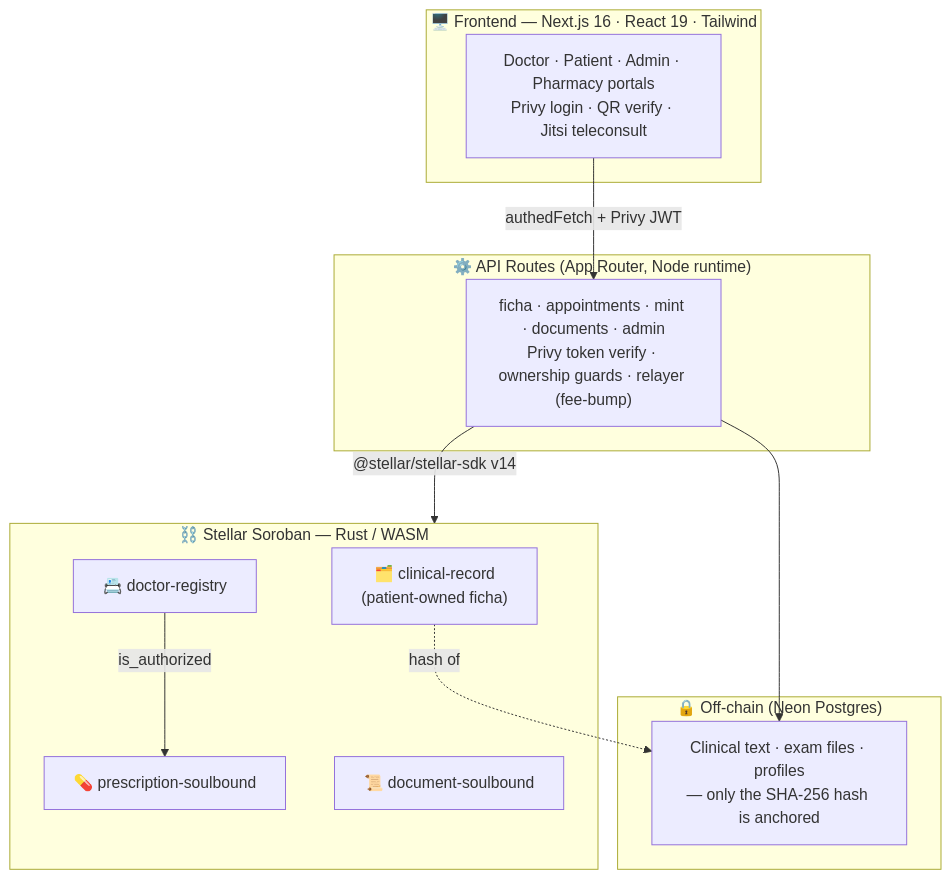
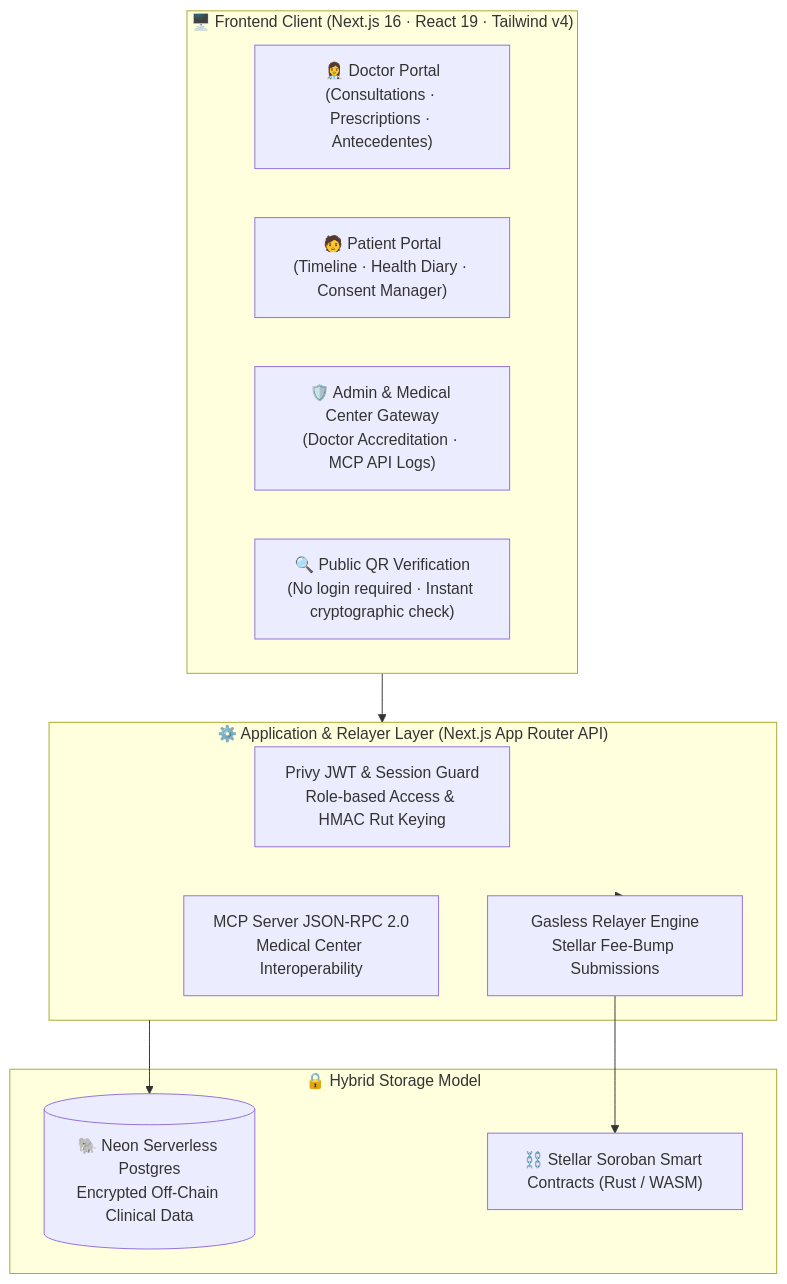
The diagram in README.md (CaBsCrypto/ficha-onchain), drawn with Mermaid before and after one commit. The commit also changed other lines of this file and 2 other files, not shown here.

Commit message:
docs: enhance README with hero banner and updated contract architecture (#96)

````diff
--- a/README.md
+++ b/README.md
@@ -65,27 +64,25 @@
 ```mermaid
 flowchart TD
-    subgraph Client["🖥️ Frontend — Next.js 16 · React 19 · Tailwind"]
-        UI["Doctor · Patient · Admin · Pharmacy portals<br/>Privy login · QR verify · Jitsi teleconsult"]
+    subgraph Frontend["🖥️ Frontend Client (Next.js 16 · React 19 · Tailwind v4)"]
+        DPortal["👩‍⚕️ Doctor Portal<br/>(Consultations · Prescriptions · Antecedentes)"]
+        PPortal["🧑 Patient Portal<br/>(Timeline · Health Diary · Consent Manager)"]
+        Admin["🛡️ Admin & Medical Center Gateway<br/>(Doctor Accreditation · MCP API Logs)"]
+        Verify["🔍 Public QR Verification<br/>(No login required · Instant cryptographic check)"]
     end
 
-    subgraph Server["⚙️ API Routes (App Router, Node runtime)"]
-        API["ficha · appointments · mint · documents · admin<br/>Privy token verify · ownership guards · relayer (fee-bump)"]
+    subgraph Backend["⚙️ Application & Relayer Layer (Next.js App Router API)"]
+        Auth["Privy JWT & Session Guard<br/>Role-based Access & HMAC Rut Keying"]
+        Relay["Gasless Relayer Engine<br/>Stellar Fee-Bump Submissions"]
+        MCP["MCP Server JSON-RPC 2.0<br/>Medical Center Interoperability"]
     end
 
-    subgraph Chain["⛓️ Stellar Soroban — Rust / WASM"]
-        C0["🗂️ clinical-record<br/>(patient-owned ficha)"]
-        C1["📇 doctor-registry"]
-        C2["💊 prescription-soulbound"]
-        C3["📜 document-soulbound"]
+    subgraph Storage["🔒 Hybrid Storage Model"]
+        Neon[("🐘 Neon Serverless Postgres<br/>Encrypted Off-Chain Clinical Data")]
+        Soroban["⛓️ Stellar Soroban Smart Contracts (Rust / WASM)"]
     end
 
-    subgraph Off["🔒 Off-chain (Neon Postgres)"]
-        DB["Clinical text · exam files · profiles<br/>— only the SHA-256 hash is anchored"]
-    end
-
-    UI -->|"authedFetch + Privy JWT"| API
-    API -->|"@stellar/stellar-sdk v14"| Chain
-    API --> DB
-    C0 -. "hash of" .-> DB
-    C1 -->|is_authorized| C2
+    Frontend --> Backend
+    Backend --> Neon
+    Backend --> Relay
+    Relay --> Soroban
 ```
````
